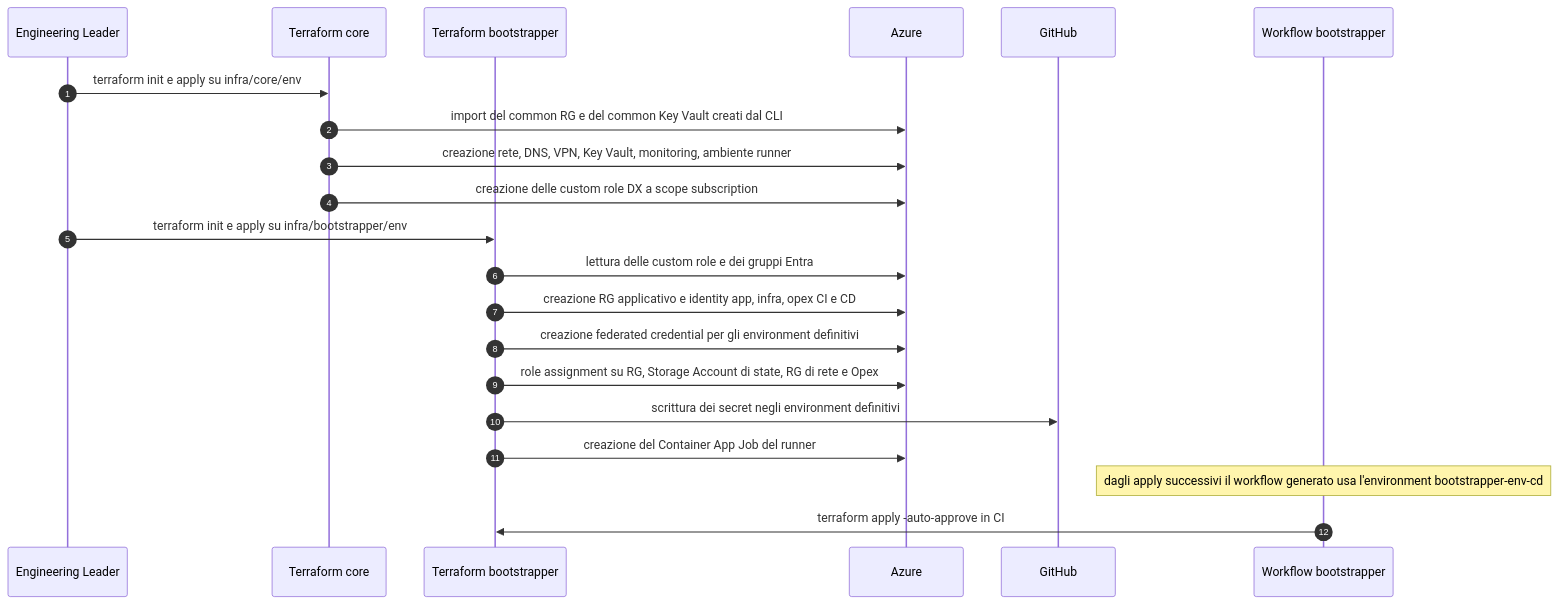
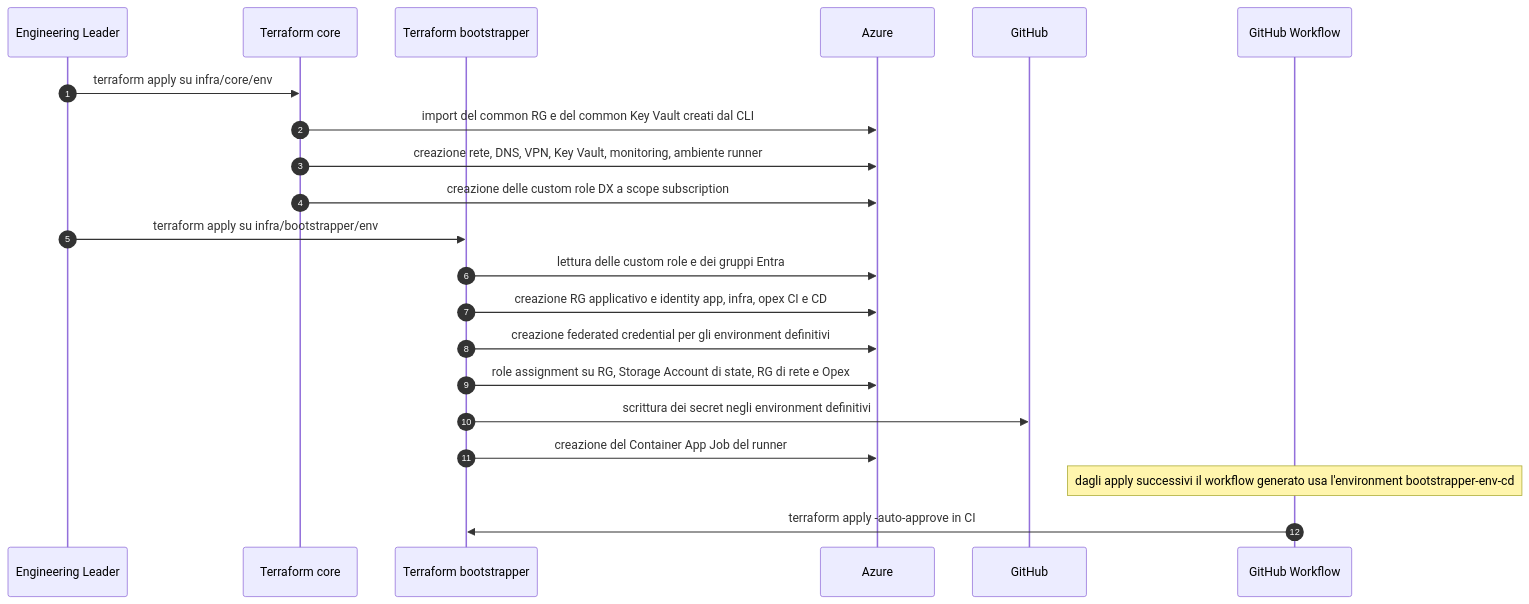
One commit to pagopa/dx changed the seventh of 9 diagrams in docs/design-review/bootstrapping.md. Above: the diagram before and after it, drawn with Mermaid. The commit also changed other lines of this file, not shown here.

````diff
--- a/docs/design-review/bootstrapping.md
+++ b/docs/design-review/bootstrapping.md
@@ -477,24 +389,24 @@
 ```mermaid
 sequenceDiagram
   autonumber
   participant EL as Engineering Leader
   participant CORE as Terraform core
   participant BOOT as Terraform bootstrapper
   participant ARM as Azure
   participant GH as GitHub
-  participant WF as Workflow bootstrapper
+  participant GHW as GitHub Workflow
 
-  EL->>CORE: terraform init e apply su infra/core/env
+  EL->>CORE: terraform apply su infra/core/env
   CORE->>ARM: import del common RG e del common Key Vault creati dal CLI
   CORE->>ARM: creazione rete, DNS, VPN, Key Vault, monitoring, ambiente runner
   CORE->>ARM: creazione delle custom role DX a scope subscription
-  EL->>BOOT: terraform init e apply su infra/bootstrapper/env
+  EL->>BOOT: terraform apply su infra/bootstrapper/env
   BOOT->>ARM: lettura delle custom role e dei gruppi Entra
   BOOT->>ARM: creazione RG applicativo e identity app, infra, opex CI e CD
   BOOT->>ARM: creazione federated credential per gli environment definitivi
   BOOT->>ARM: role assignment su RG, Storage Account di state, RG di rete e Opex
   BOOT->>GH: scrittura dei secret negli environment definitivi
   BOOT->>ARM: creazione del Container App Job del runner
-  Note over WF: dagli apply successivi il workflow generato usa l'environment bootstrapper-env-cd
-  WF->>BOOT: terraform apply -auto-approve in CI
+  Note over GHW: dagli apply successivi il workflow generato usa l'environment bootstrapper-env-cd
+  GHW->>BOOT: terraform apply -auto-approve in CI
 ```
````
